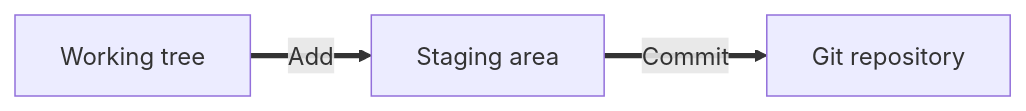
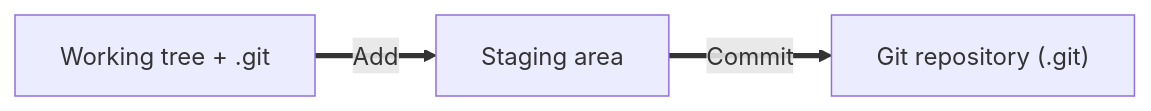
Before and after one commit to abilandz/NAT3054: the fourth of 24 diagrams in src/git.md, drawn with Mermaid. The commit also changed other lines of this file and 1 other file, not shown here.

Commit message:
reviewed first section, refisrbshed and centered some Mermaid diagrams, updated Mermaid host

````diff
--- a/src/git.md
+++ b/src/git.md
@@ -128,9 +148,9 @@
-```mermaid
-%% Commit
-flowchart LR
-    WorkingTree["`Working tree`"]
-    StagingArea["`Staging area`"]
-    GitRepository["`Git repository`"]
+    ```mermaid
+    %% Commit
+    flowchart LR
+        WorkingTree["`Working tree + .git`"]
+        StagingArea["`Staging area`"]
+        GitRepository["`Git repository (.git)`"]
 
-	WorkingTree ==" Add "==> StagingArea == " Commit" ==> GitRepository
-```
+        WorkingTree ==" Add "==> StagingArea == " Commit" ==> GitRepository
+    ```
````
